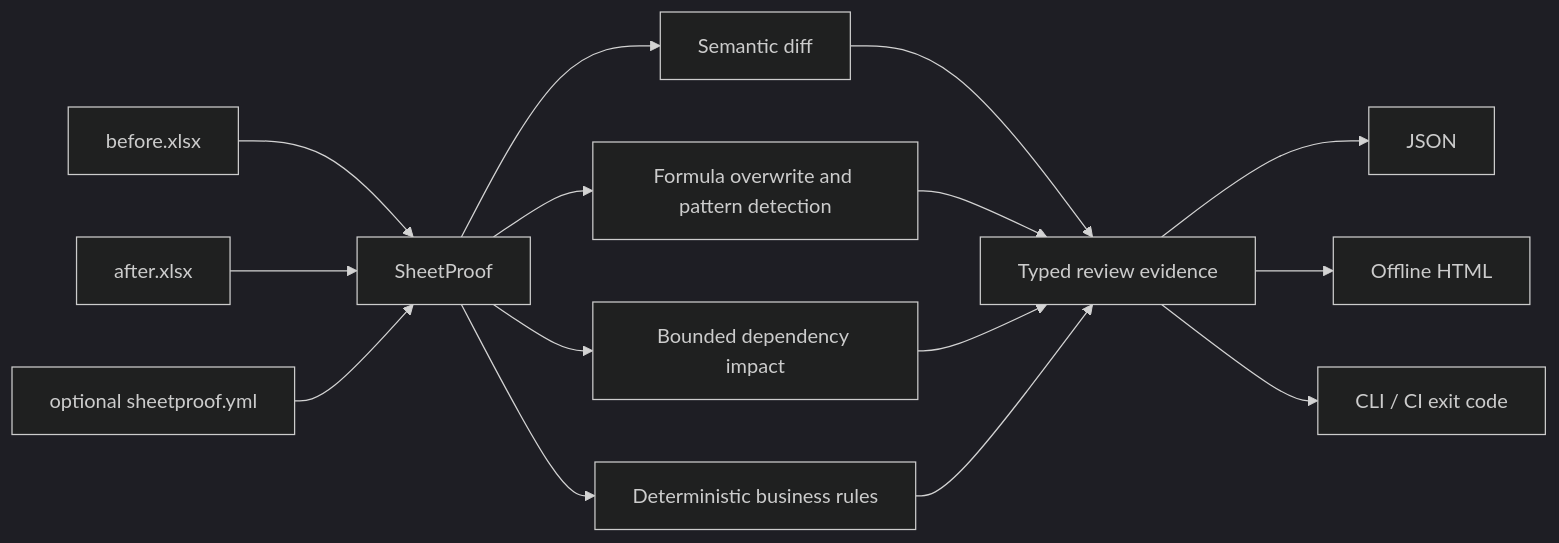
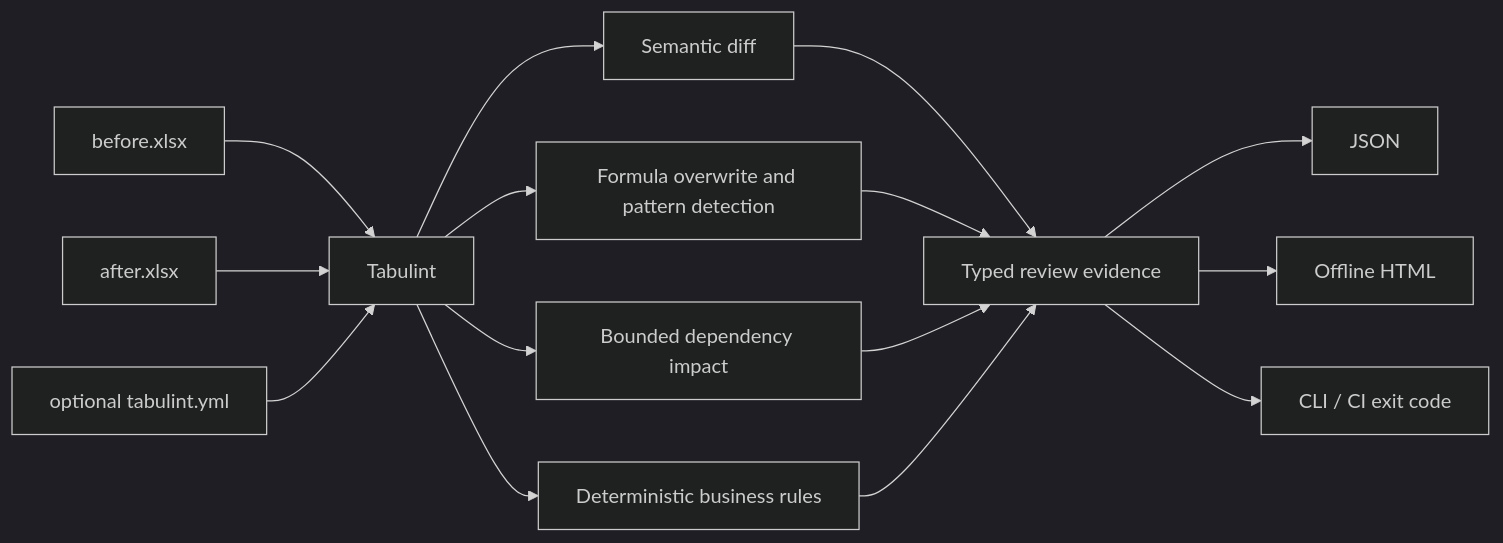
The diagram in README.md (huangyikai05/SheetProof), drawn with Mermaid (dark theme) before and after one commit. The commit also changed other lines of this file and 108 other files, not shown here.

```diff
--- a/README.md
+++ b/README.md
@@ -56,17 +55,17 @@
 ~~~mermaid
 flowchart LR
-    B["before.xlsx"] --> S["SheetProof"]
+    B["before.xlsx"] --> S["Tabulint"]
     A["after.xlsx"] --> S
-    P["optional sheetproof.yml"] --> S
+    P["optional tabulint.yml"] --> S
     S --> D["Semantic diff"]
     S --> F["Formula overwrite and pattern detection"]
     S --> G["Bounded dependency impact"]
     S --> R["Deterministic business rules"]
     D --> E["Typed review evidence"]
     F --> E
     G --> E
     R --> E
     E --> J["JSON"]
     E --> H["Offline HTML"]
     E --> C["CLI / CI exit code"]
 ~~~
```
